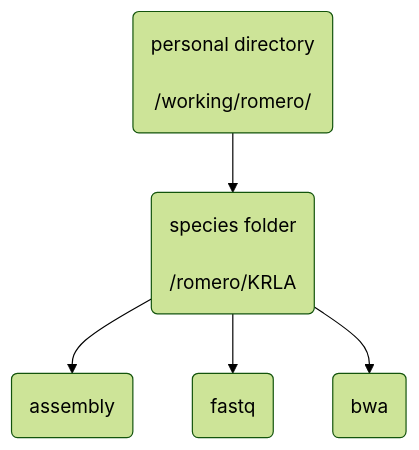
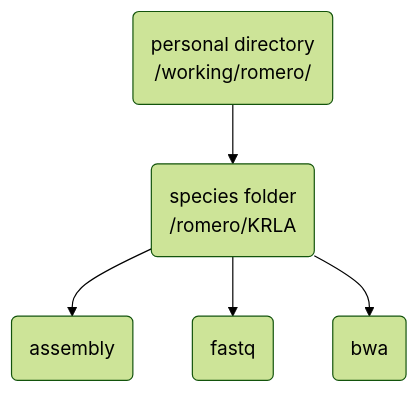
The diagram in KRLA_lab_meetings_workflow/README.md (tparchman/lab), drawn with Mermaid (forest theme) before and after one commit.

````diff
--- a/KRLA_lab_meetings_workflow/README.md
+++ b/KRLA_lab_meetings_workflow/README.md
@@ -35,9 +35,9 @@
 ```mermaid
 flowchart TD;
-    A(personal directory <br>
-    /working/romero/) --> B(species folder <br> 
+    A(personal directory
+    /working/romero/) --> B(species folder
     /romero/KRLA)
     B --> C(assembly)
     B --> D(fastq)
     B --> E(bwa)
 ```
````
